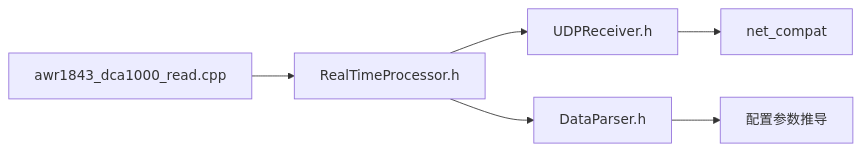
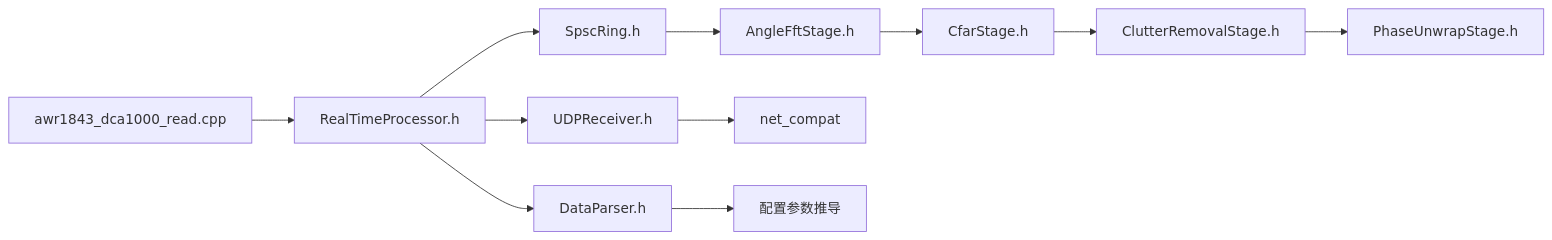
The ninth of 9 diagrams in .qoder/repowiki/zh/content/实时处理流水线与数据流.md (Lukad77/awr1843-radar-toolkit), drawn with Mermaid before and after one commit. The commit also changed other lines of this file and 5 other files, not shown here.

````diff
--- a/.qoder/repowiki/zh/content/实时处理流水线与数据流.md
+++ b/.qoder/repowiki/zh/content/实时处理流水线与数据流.md
@@ -251,8 +415,13 @@
 ```mermaid
 graph LR
 Main["awr1843_dca1000_read.cpp"] --> RTP["RealTimeProcessor.h"]
 RTP --> UDR["UDPReceiver.h"]
 RTP --> DP["DataParser.h"]
+RTP --> SR["SpscRing.h"]
+SR --> AFS["AngleFftStage.h"]
+AFS --> CFS["CfarStage.h"]
+CFS --> CRS["ClutterRemovalStage.h"]
+CRS --> PUS["PhaseUnwrapStage.h"]
 UDR --> Net["net_compat"]
 DP --> CFG["配置参数推导"]
 ```
````
